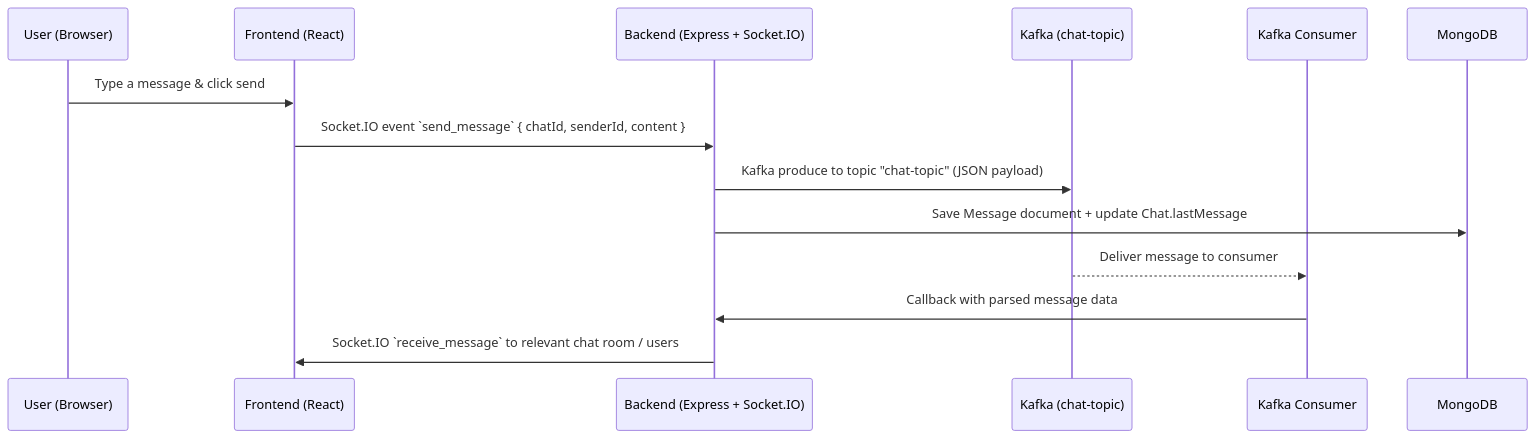
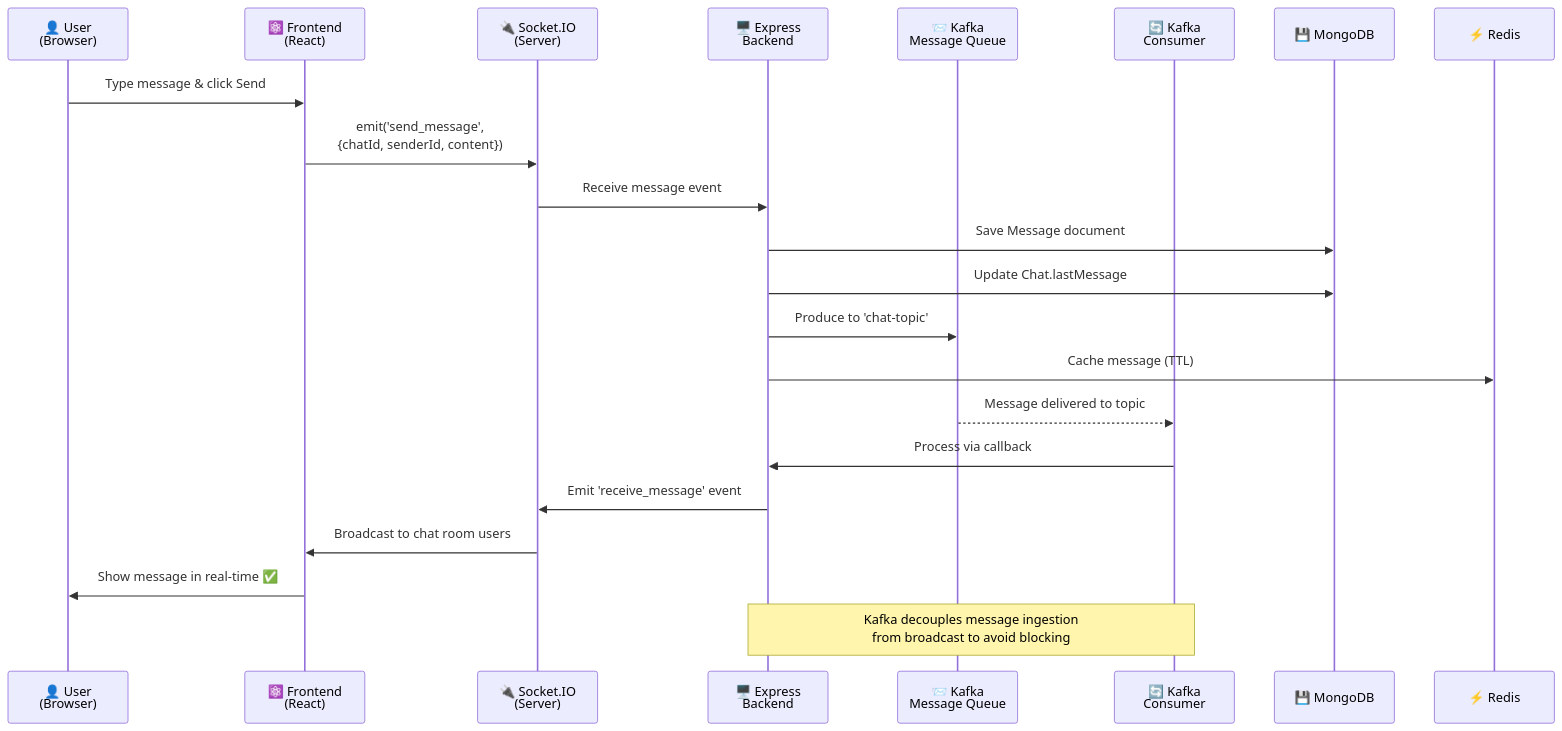
One commit to Sumitgupta54856171/Social-media-web_app changed the fourth of 8 diagrams in README.md. Above: the diagram before and after it, drawn with Mermaid. The commit also changed other lines of this file, not shown here.

Commit message:
📊 Add comprehensive system architecture diagrams, ER diagram, and professional documentation

````diff
--- a/README.md
+++ b/README.md
@@ -159,17 +221,26 @@
 ```mermaid
 sequenceDiagram
-  participant U as User (Browser)
-  participant F as Frontend (React)
-  participant B as Backend (Express + Socket.IO)
-  participant K as Kafka (chat-topic)
-  participant C as Kafka Consumer
-  participant M as MongoDB
+    participant User as 👤 User<br/>(Browser)
+    participant FrontEnd as ⚛️ Frontend<br/>(React)
+    participant Socket as 🔌 Socket.IO<br/>(Server)
+    participant Backend as 🖥️ Express<br/>Backend
+    participant Kafka as 📨 Kafka<br/>Message Queue
+    participant Consumer as 🔄 Kafka<br/>Consumer
+    participant MongoDB as 💾 MongoDB
+    participant Redis as ⚡ Redis
 
-  U->>F: Type a message & click send
-  F->>B: Socket.IO event `send_message` { chatId, senderId, content }
-  B->>K: Kafka produce to topic "chat-topic" (JSON payload)
-  B->>M: Save Message document + update Chat.lastMessage
-  K-->>C: Deliver message to consumer
-  C->>B: Callback with parsed message data
-  B->>F: Socket.IO `receive_message` to relevant chat room / users
+    User->>FrontEnd: Type message & click Send
+    FrontEnd->>Socket: emit('send_message',<br/>{chatId, senderId, content})
+    Socket->>Backend: Receive message event
+    Backend->>MongoDB: Save Message document
+    Backend->>MongoDB: Update Chat.lastMessage
+    Backend->>Kafka: Produce to 'chat-topic'
+    Backend->>Redis: Cache message (TTL)
+    Kafka-->>Consumer: Message delivered to topic
+    Consumer->>Backend: Process via callback
+    Backend->>Socket: Emit 'receive_message' event
+    Socket->>FrontEnd: Broadcast to chat room users
+    FrontEnd->>User: Show message in real-time ✅
+
+    Note over Backend,Consumer: Kafka decouples message ingestion<br/>from broadcast to avoid blocking
 ```
````
